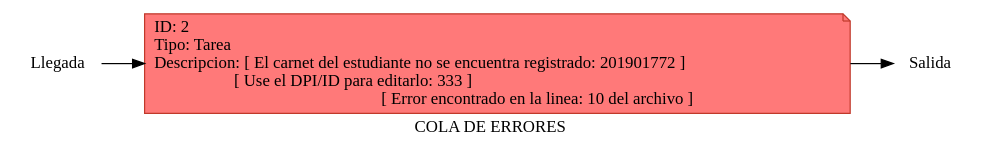
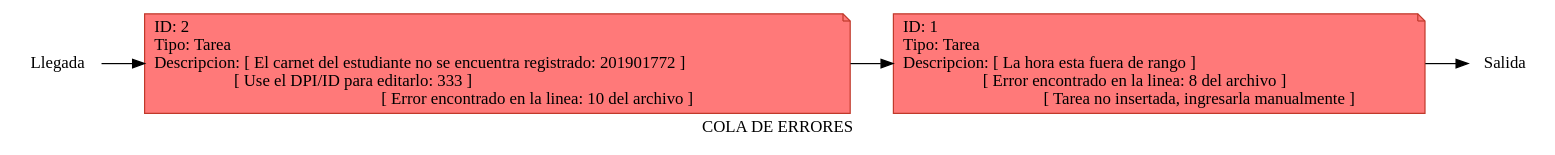
One commit to DanielDubonDR/EDD_SmartClass_201901772 changed the diagram in Reportes/ColaErrores.dot. Above: the diagram before and after it, drawn with Graphviz. The commit also changed 4 other files, not shown here.

```diff
--- a/Reportes/ColaErrores.dot
+++ b/Reportes/ColaErrores.dot
@@ -1,10 +1,12 @@
 digraph Errores {
  rankdir=LR;
  label="COLA DE ERRORES";
   node [shape = note, color="#c0392b", style=filled, fillcolor="#ff7979"];
-N0[label="ID: 2 \lTipo: Tarea \lDescripcion: [ El carnet del estudiante no se encuentra registrado: 201901772 ]\l                    [ Use el DPI/ID para editarlo: 333 ]\l                    [ Error encontrado en la linea: 10 del archivo ]"];
+N0[label="ID: 1 \lTipo: Tarea \lDescripcion: [ La hora esta fuera de rango ]\l                    [ Error encontrado en la linea: 8 del archivo ]\l                    [ Tarea no insertada, ingresarla manualmente ]"];
+N1[label="ID: 2 \lTipo: Tarea \lDescripcion: [ El carnet del estudiante no se encuentra registrado: 201901772 ]\l                    [ Use el DPI/ID para editarlo: 333 ]\l                    [ Error encontrado en la linea: 10 del archivo ]"];
 aux[label="Salida", shape=none, style=none];
  aux1[label="Llegada", shape=none, style=none];
+N1->N0;
 N0->aux; 
- aux1->N0;
+ aux1->N1;
 }
```
